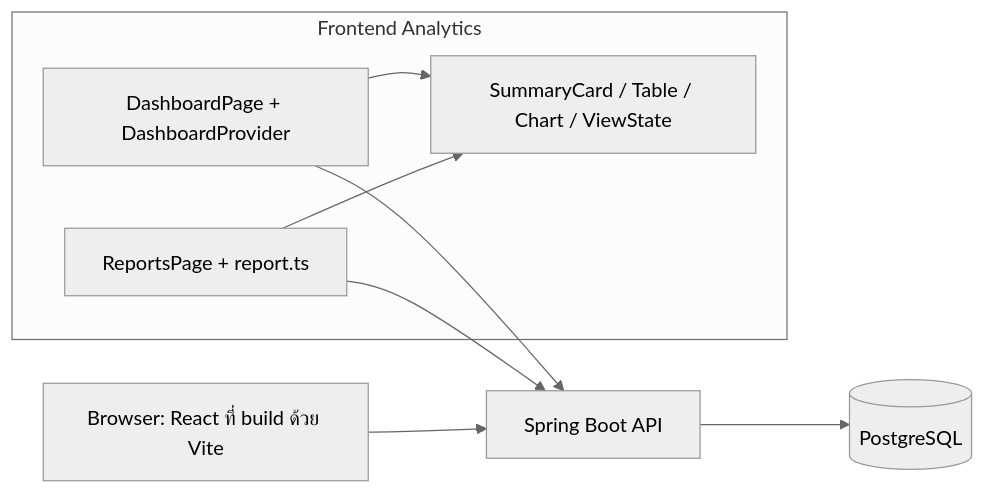
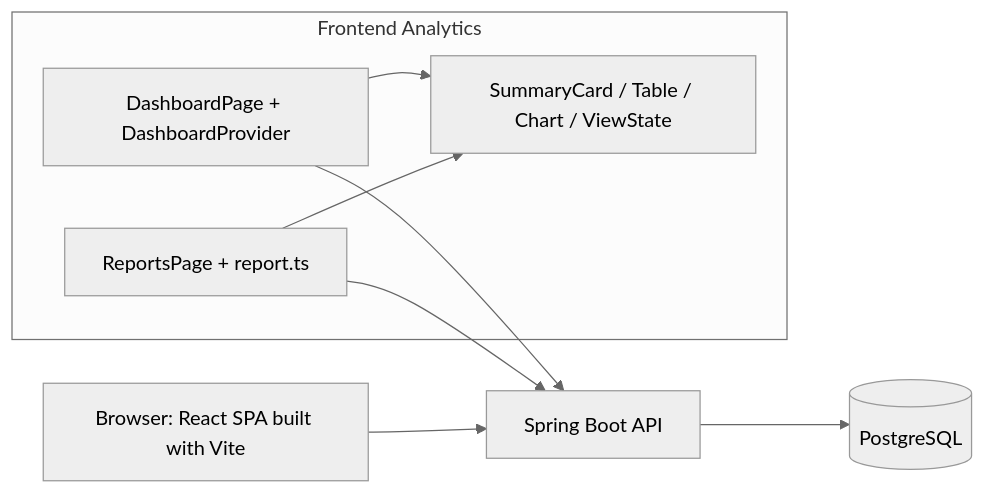
One commit to lillianxhub/freelance-hub changed the diagram in doc/diagrams/component.md. Above: the diagram before and after it, drawn with Mermaid (neutral theme). The commit also changed 18 other files, not shown here.

Commit message:
docs: sync project documentation, consolidate sequence diagrams and update deployment links

````diff
--- a/doc/diagrams/component.md
+++ b/doc/diagrams/component.md
@@ -5,14 +5,14 @@
 ```mermaid
 flowchart LR
-    Browser[Browser: React ที่ build ด้วย Vite] --> API[Spring Boot API]
+    Browser[Browser: React SPA built with Vite] --> API[Spring Boot API]
     API --> DB[(PostgreSQL)]
     subgraph BrowserUI[Frontend Analytics]
       Dashboard[DashboardPage + DashboardProvider]
       Reports[ReportsPage + report.ts]
       Shared[SummaryCard / Table / Chart / ViewState]
       Dashboard --> Shared
       Reports --> Shared
     end
     Dashboard --> API
     Reports --> API
 ```
````
